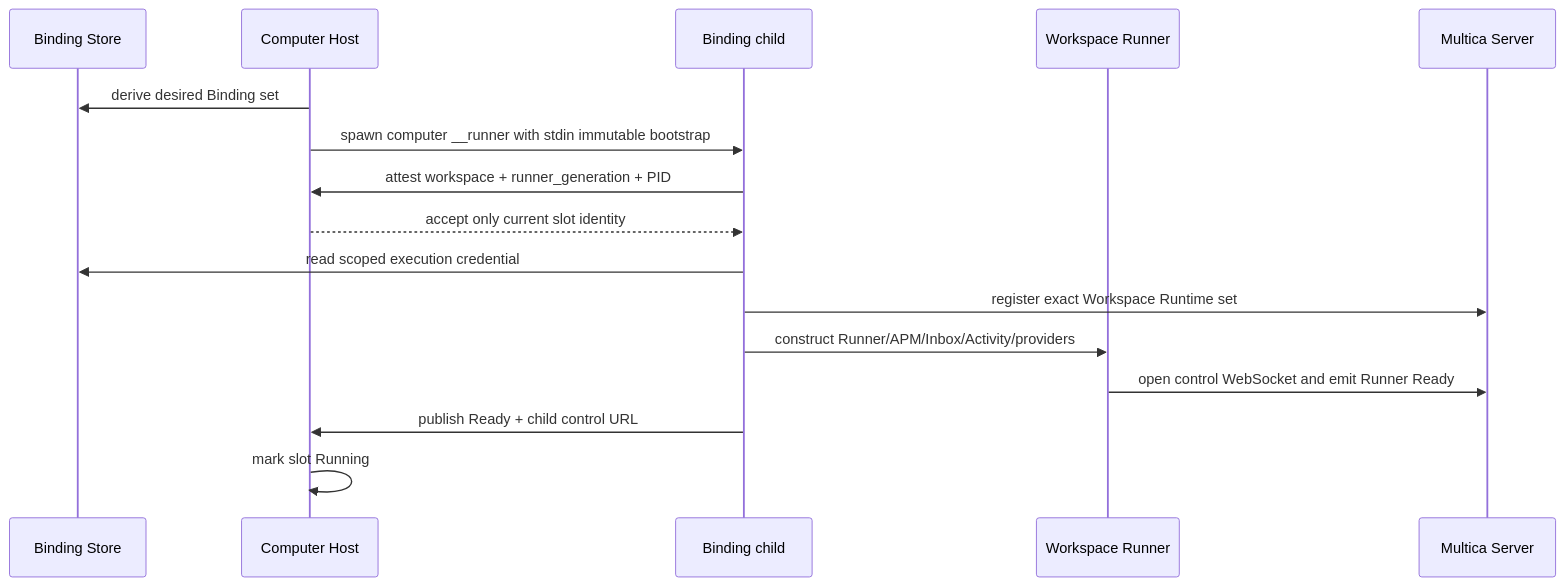
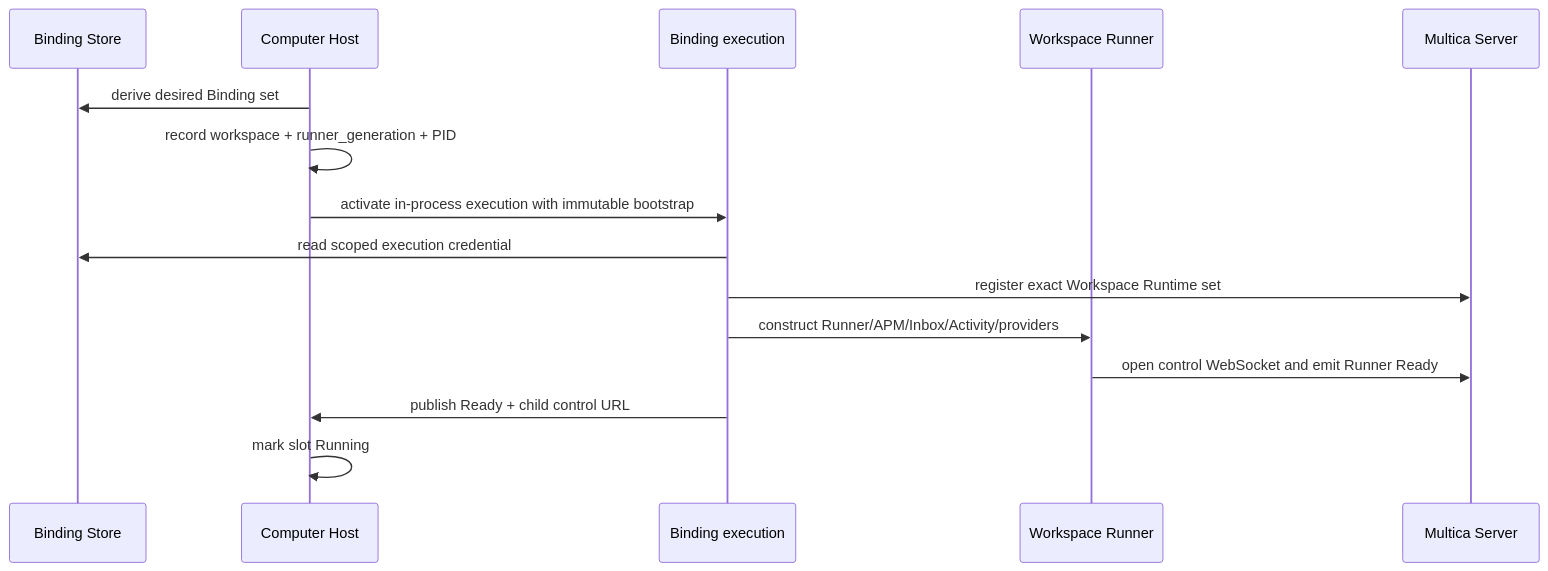
One commit to LRM-Teams/multica changed the third of 6 diagrams in docs/raft-v1.0.16-multica-architecture-comparison.md. Above: the diagram before and after it, drawn with Mermaid. The commit also changed other lines of this file and 60 other files, not shown here.

First line of the commit message:
feat(computer): align runner control with Raft process model

````diff
--- a/docs/raft-v1.0.16-multica-architecture-comparison.md
+++ b/docs/raft-v1.0.16-multica-architecture-comparison.md
@@ -122,19 +108,18 @@
 ```mermaid
 sequenceDiagram
     participant S as Binding Store
     participant H as Computer Host
-    participant C as Binding child
+    participant C as Binding execution
     participant R as Workspace Runner
     participant API as Multica Server
 
     H->>S: derive desired Binding set
-    H->>C: spawn computer __runner with stdin immutable bootstrap
-    C->>H: attest workspace + runner_generation + PID
-    H-->>C: accept only current slot identity
+    H->>H: record workspace + runner_generation + PID
+    H->>C: activate in-process execution with immutable bootstrap
     C->>S: read scoped execution credential
     C->>API: register exact Workspace Runtime set
     C->>R: construct Runner/APM/Inbox/Activity/providers
     R->>API: open control WebSocket and emit Runner Ready
     C->>H: publish Ready + child control URL
     H->>H: mark slot Running
 ```
````
